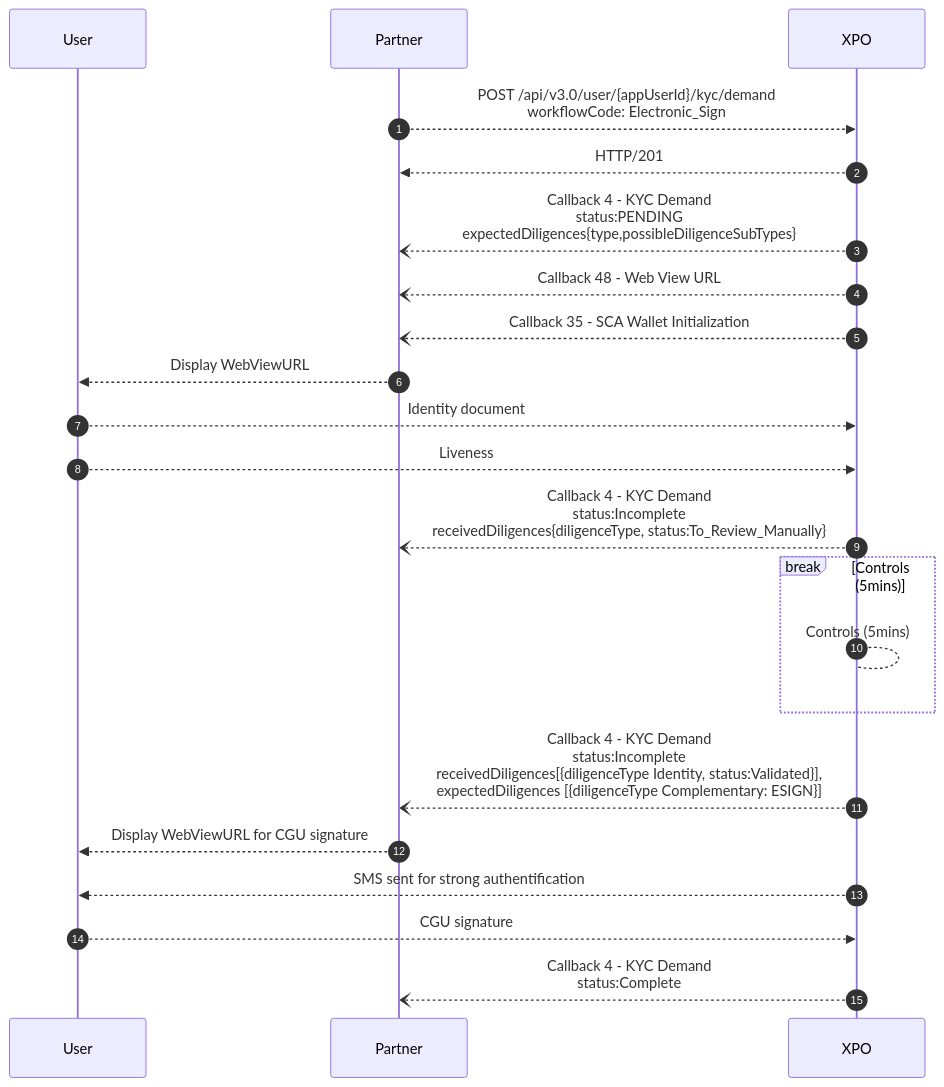
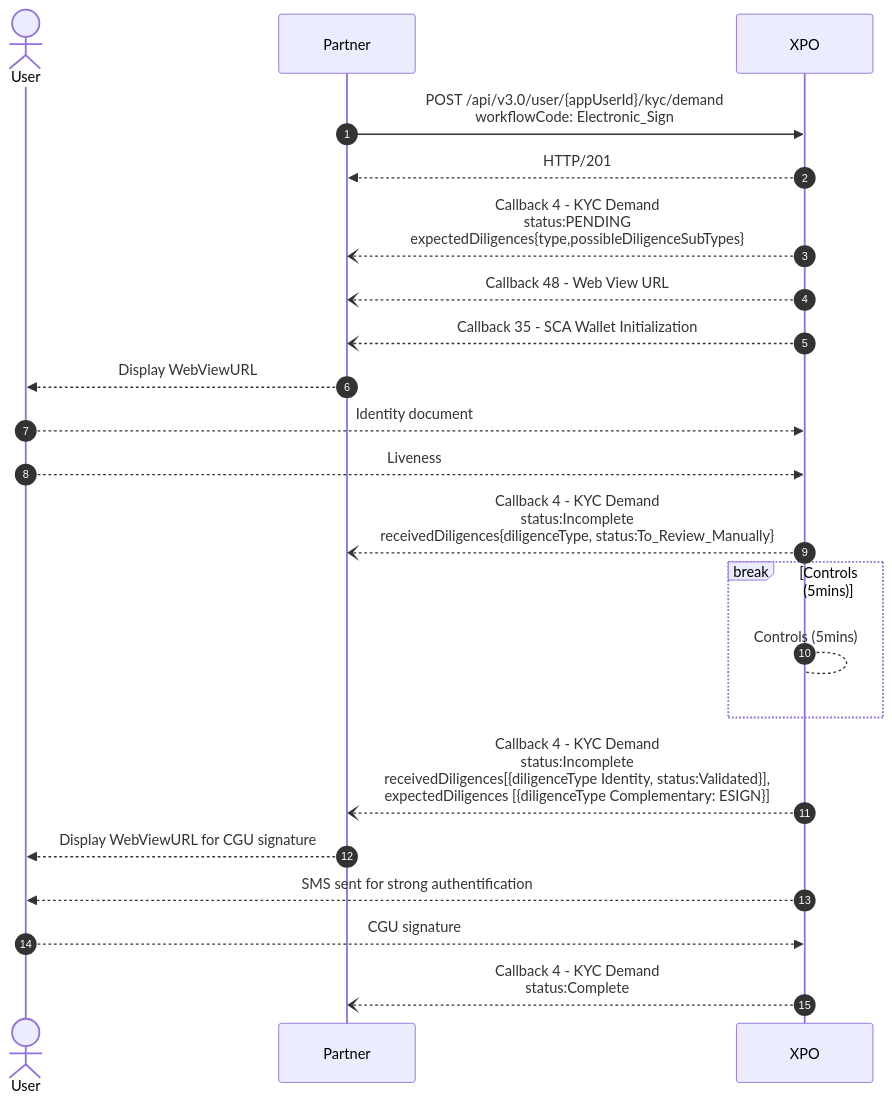
One commit to pomme-clic/s-money-documentation changed the fifth of 11 diagrams in docs/usecases/users/onboarding/1_kyc/1_netheos.md. Above: the diagram before and after it, drawn with Mermaid. The commit also changed other lines of this file, not shown here.

First line of the commit message:
Update Netheos KYC Use Case Documentation

````diff
--- a/docs/usecases/users/onboarding/1_kyc/1_netheos.md
+++ b/docs/usecases/users/onboarding/1_kyc/1_netheos.md
@@ -287,25 +251,25 @@
 ```mermaid
 sequenceDiagram
 autoNumber
-Participant User
+Actor User
 Participant Partner
 Participant XPO
-Partner -->> XPO: POST /api/v3.0/user/{appUserId}/kyc/demand<br/>workflowCode: Electronic_Sign
+Partner ->> XPO: POST /api/v3.0/user/{appUserId}/kyc/demand<br/>workflowCode: Electronic_Sign
 XPO -->> Partner : HTTP/201
 XPO --) Partner : Callback 4 - KYC Demand<br/>status:PENDING <br/> expectedDiligences{type,possibleDiligenceSubTypes}
 XPO --) Partner : Callback 48 - Web View URL
 XPO --) Partner : Callback 35 - SCA Wallet Initialization
 Partner -->> User : Display WebViewURL
 User -->> XPO : Identity document
 User -->> XPO : Liveness
 XPO --) Partner : Callback 4 - KYC Demand<br/>status:Incomplete <br/>receivedDiligences{diligenceType, status:To_Review_Manually}
 break Controls (5mins)
     XPO --> XPO: Controls (5mins) 
 end
 XPO --) Partner : Callback 4 - KYC Demand<br/>status:Incomplete <br/>receivedDiligences[{diligenceType Identity, status:Validated}],<br/>expectedDiligences [{diligenceType Complementary: ESIGN}]
 
 Partner -->> User : Display WebViewURL for CGU signature
 XPO -->> User : SMS sent for strong authentification
 User -->> XPO : CGU signature
 XPO --) Partner : Callback 4 - KYC Demand<br/>status:Complete
 ```
````
